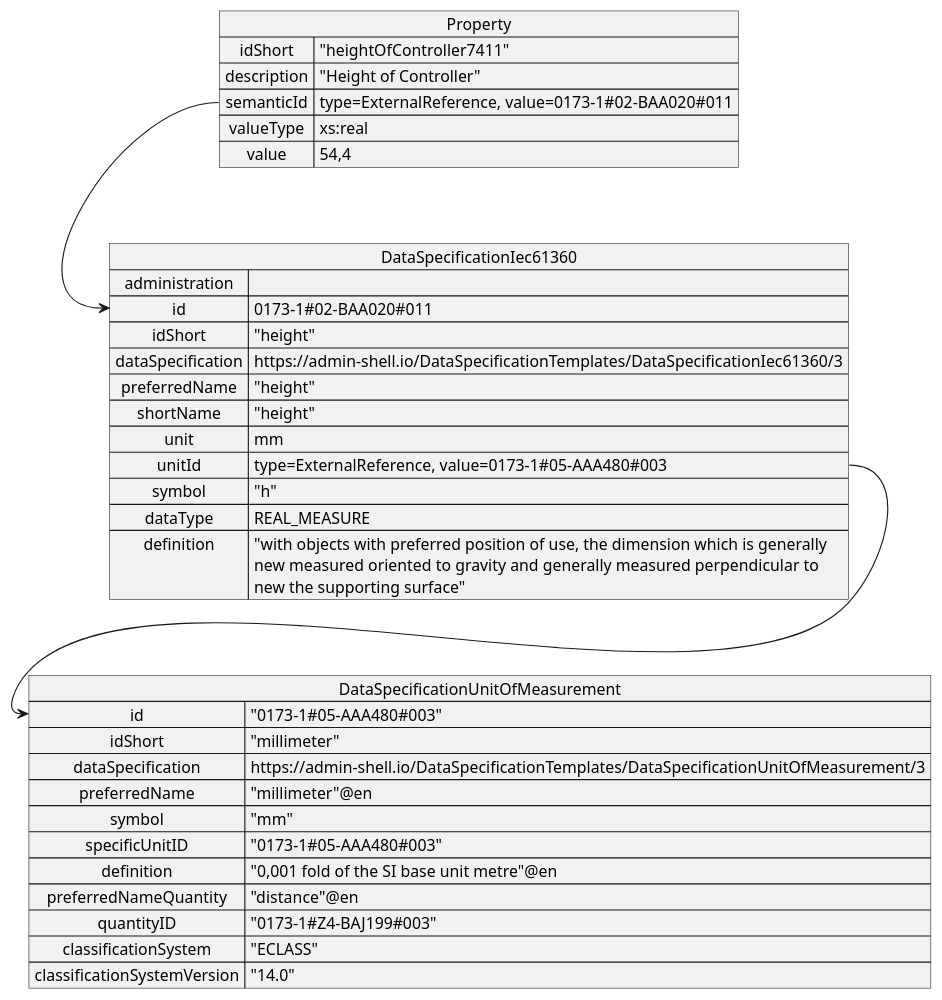
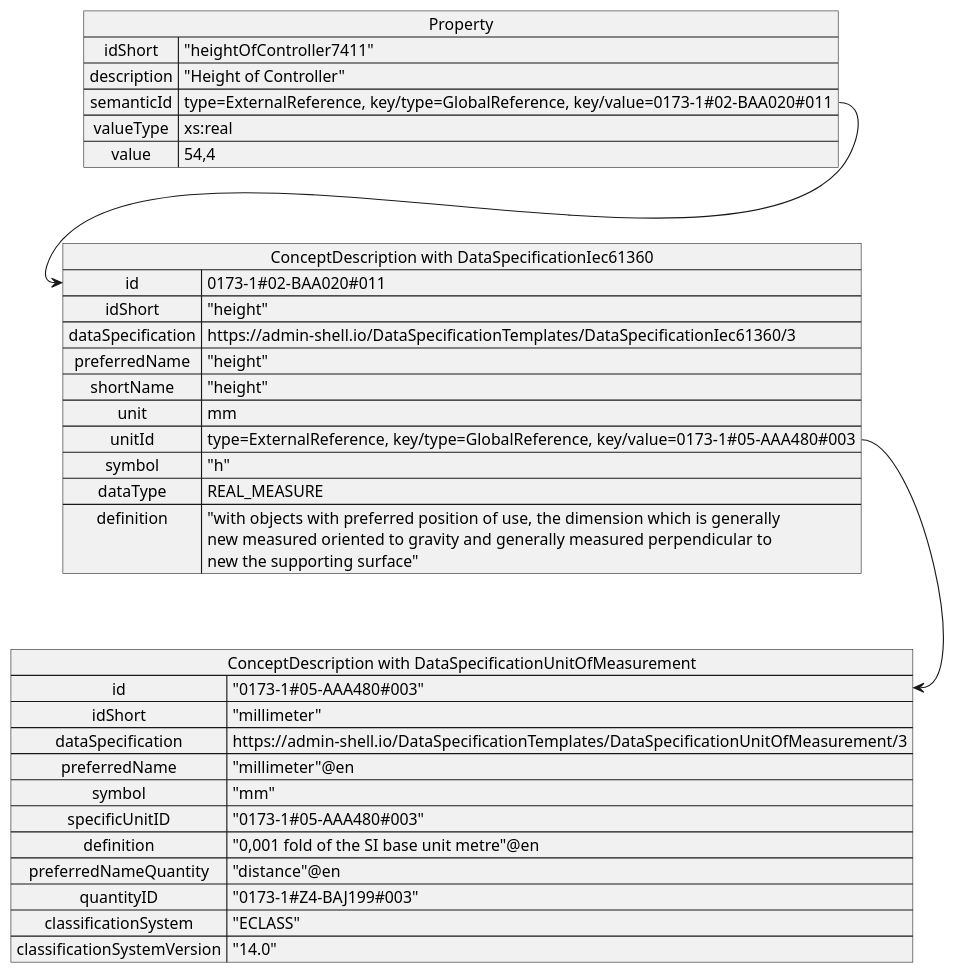
One commit to admin-shell-io/aas-specs-measurement-units changed the second of 3 diagrams in documentation/IDTA-01003-b/modules/ROOT/pages/introduction.adoc. Above: the diagram before and after it, drawn with PlantUML. The commit also changed other lines of this file and 2 other files, not shown here.

```diff
--- a/documentation/IDTA-01003-b/modules/ROOT/pages/introduction.adoc
+++ b/documentation/IDTA-01003-b/modules/ROOT/pages/introduction.adoc
@@ -174,44 +177,43 @@
 [plantuml, image-ex-dataspecification-UoM, svg]
 ....
 @startuml
 map Property {
     idShort => "heightOfController7411"
     description => "Height of Controller"
-    semanticId => type=ExternalReference, value=0173-1#02-BAA020#011
+    semanticId => type=ExternalReference, key/type=GlobalReference, key/value=0173-1#02-BAA020#011
     valueType => xs:real
     value => 54,4
 }
 
-map  DataSpecificationIec61360 {
-  administration =>
+map  "ConceptDescription with DataSpecificationIec61360" as ConceptDescription_with_DataSpecificationIec61360{
   id => 0173-1#02-BAA020#011
   idShort => "height"
   dataSpecification => https://admin-shell.io/DataSpecificationTemplates/DataSpecificationIec61360/3
   preferredName  => "height"
   shortName => "height"
   unit => mm
-  unitId => type=ExternalReference, value=0173-1#05-AAA480#003
+  unitId => type=ExternalReference, key/type=GlobalReference, key/value=0173-1#05-AAA480#003
   symbol => "h"
   dataType => REAL_MEASURE
   definition => "with objects with preferred position of use, the dimension which is generally \nnew measured oriented to gravity and generally measured perpendicular to \nnew the supporting surface"
 }
 
-map DataSpecificationUnitOfMeasurement {
+map "ConceptDescription with DataSpecificationUnitOfMeasurement" as ConceptDescription_with_DataSpecificationUnitOfMeasurement {
   id => "0173-1#05-AAA480#003"
   idShort => "millimeter"
   dataSpecification => https://admin-shell.io/DataSpecificationTemplates/DataSpecificationUnitOfMeasurement/3
   preferredName => "millimeter"@en
   symbol => "mm"
   specificUnitID => "0173-1#05-AAA480#003"
   definition => "0,001 fold of the SI base unit metre"@en
   preferredNameQuantity => "distance"@en
   quantityID => "0173-1#Z4-BAJ199#003"
   classificationSystem => "ECLASS"
   classificationSystemVersion => "14.0"
 }
 
- Property::semanticId --> DataSpecificationIec61360::id
- DataSpecificationIec61360::unitId --> DataSpecificationUnitOfMeasurement::id
+ Property::semanticId --> ConceptDescription_with_DataSpecificationIec61360::id
+ ConceptDescription_with_DataSpecificationIec61360::unitId --> ConceptDescription_with_DataSpecificationUnitOfMeasurement::id
 
 @enduml
 ....
```
